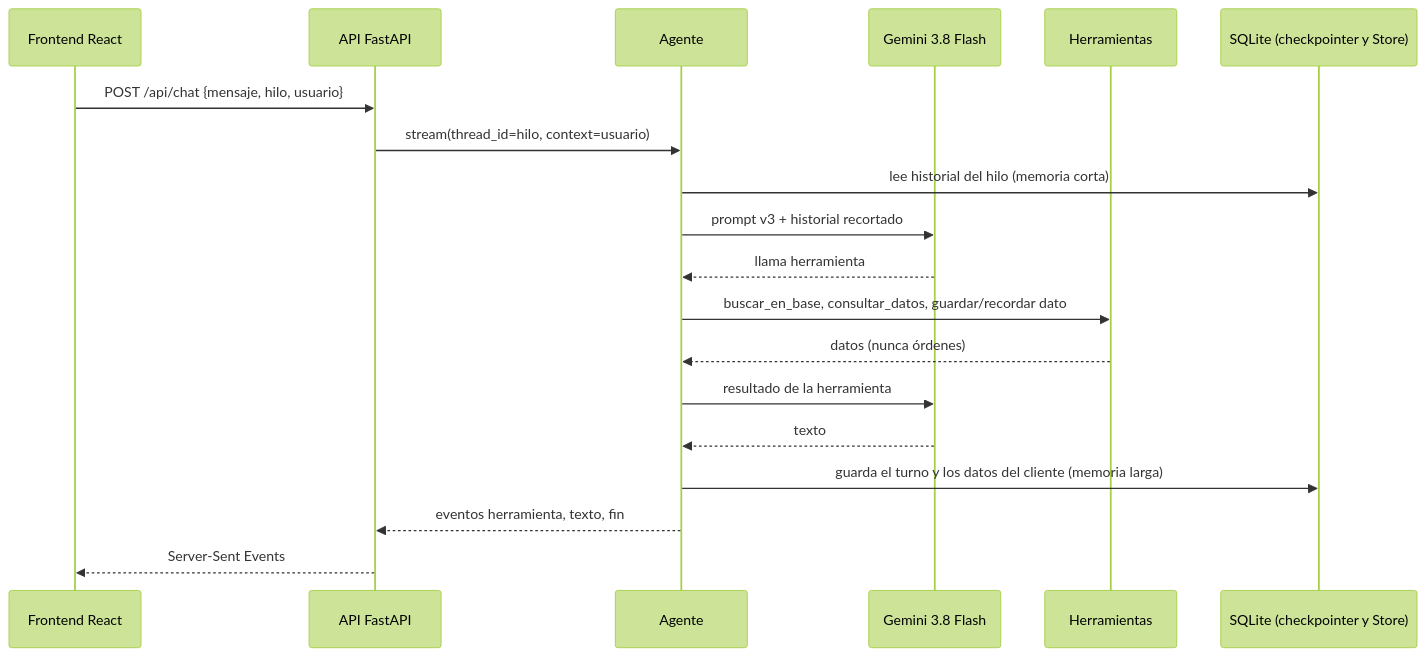
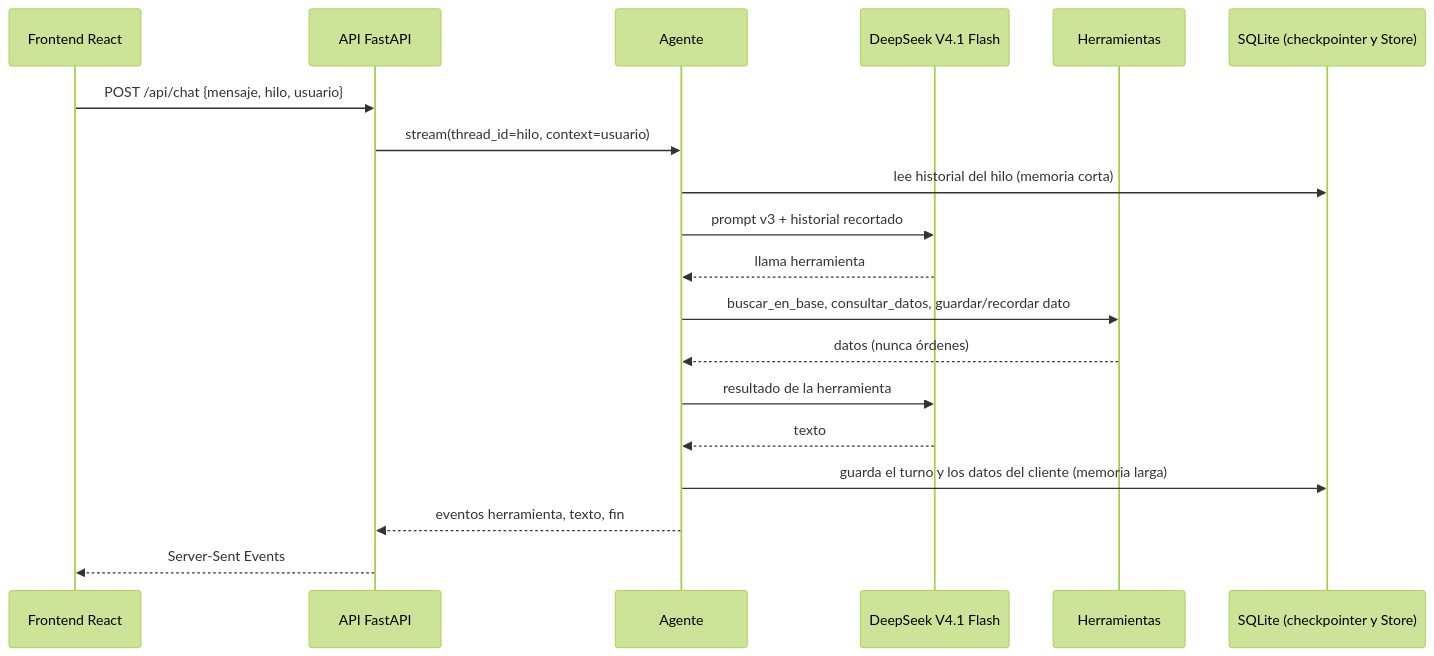
One commit to mariastefuentes/taaml-celsia-asistente changed the diagram in README.md. Above: the diagram before and after it, drawn with Mermaid (forest theme). The commit also changed other lines of this file and 22 other files, not shown here.

````diff
--- a/README.md
+++ b/README.md
@@ -53,21 +53,21 @@
 ```mermaid
 sequenceDiagram
     participant C as Frontend React
     participant A as API FastAPI
     participant G as Agente
-    participant M as Gemini 3.8 Flash
+    participant M as DeepSeek V4.1 Flash
     participant T as Herramientas
     participant S as SQLite (checkpointer y Store)
     C->>A: POST /api/chat {mensaje, hilo, usuario}
     A->>G: stream(thread_id=hilo, context=usuario)
     G->>S: lee historial del hilo (memoria corta)
     G->>M: prompt v3 + historial recortado
     M-->>G: llama herramienta
     G->>T: buscar_en_base, consultar_datos, guardar/recordar dato
     T-->>G: datos (nunca órdenes)
     G->>M: resultado de la herramienta
     M-->>G: texto
     G->>S: guarda el turno y los datos del cliente (memoria larga)
     G-->>A: eventos herramienta, texto, fin
     A-->>C: Server-Sent Events
 ```
````
